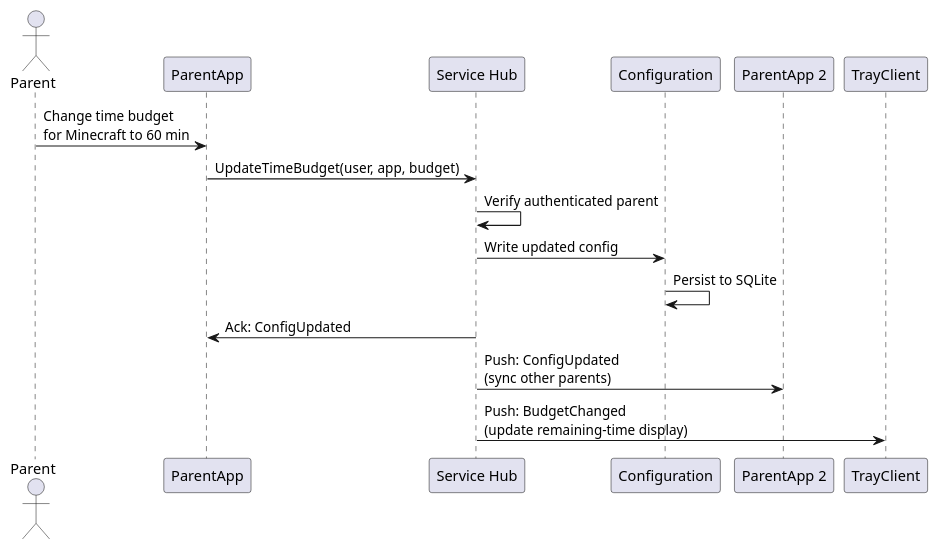
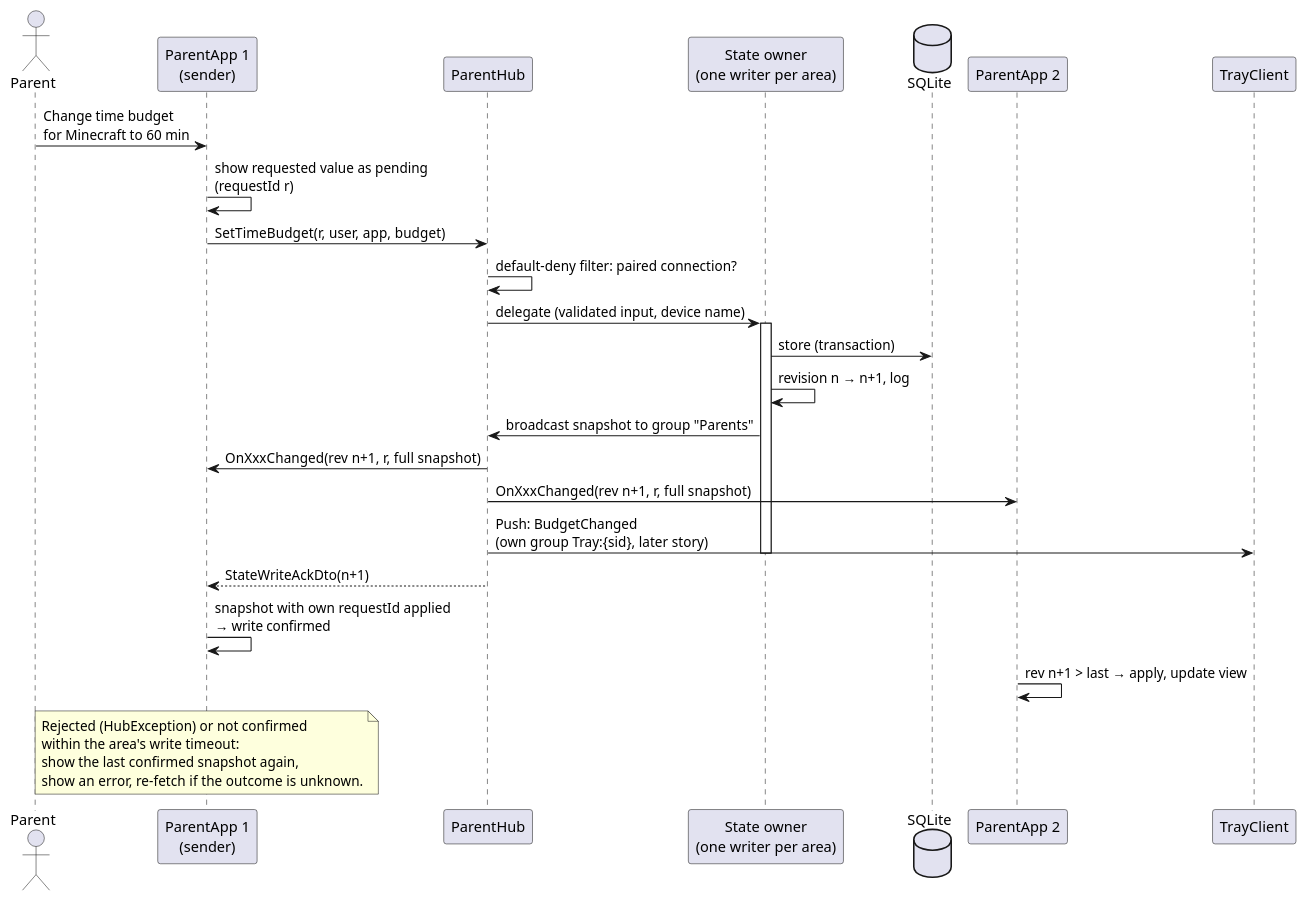
One commit to adlemich/EagleEye changed diagram 11 of 15 in 02_Implementation/docs/architecture/arc42/system-architecture.md. Above: the diagram before and after it, drawn with PlantUML. The commit also changed other lines of this file and 5 other files, not shown here.

````diff
--- a/02_Implementation/docs/architecture/arc42/system-architecture.md
+++ b/02_Implementation/docs/architecture/arc42/system-architecture.md
@@ -555,19 +566,34 @@
 ```plantuml
 @startuml Config Update
 actor Parent
-participant "ParentApp" as APP
-participant "Service Hub" as SVC
-participant "Configuration" as CONF
+participant "ParentApp 1\n(sender)" as APP
+participant "ParentHub" as SVC
+participant "State owner\n(one writer per area)" as CONF
+database "SQLite" as DB
 participant "ParentApp 2" as APP2
 participant "TrayClient" as TRAY
 
 Parent -> APP : Change time budget\nfor Minecraft to 60 min
-APP -> SVC : UpdateTimeBudget(user, app, budget)
-SVC -> SVC : Verify authenticated parent
-SVC -> CONF : Write updated config
-CONF -> CONF : Persist to SQLite
-SVC -> APP : Ack: ConfigUpdated
-SVC -> APP2 : Push: ConfigUpdated\n(sync other parents)
-SVC -> TRAY : Push: BudgetChanged\n(update remaining-time display)
+APP -> APP : show requested value as pending\n(requestId r)
+APP -> SVC : SetTimeBudget(r, user, app, budget)
+SVC -> SVC : default-deny filter: paired connection?
+SVC -> CONF : delegate (validated input, device name)
+activate CONF
+CONF -> DB : store (transaction)
+CONF -> CONF : revision n → n+1, log
+CONF -> SVC : broadcast snapshot to group "Parents"
+SVC -> APP : OnXxxChanged(rev n+1, r, full snapshot)
+SVC -> APP2 : OnXxxChanged(rev n+1, r, full snapshot)
+SVC -> TRAY : Push: BudgetChanged\n(own group Tray:{sid}, later story)
+deactivate CONF
+SVC --> APP : StateWriteAckDto(n+1)
+APP -> APP : snapshot with own requestId applied\n→ write confirmed
+APP2 -> APP2 : rev n+1 > last → apply, update view
+note over APP
+  Rejected (HubException) or not confirmed
+  within the area's write timeout:
+  show the last confirmed snapshot again,
+  show an error, re-fetch if the outcome is unknown.
+end note
 @enduml
 ```
````
